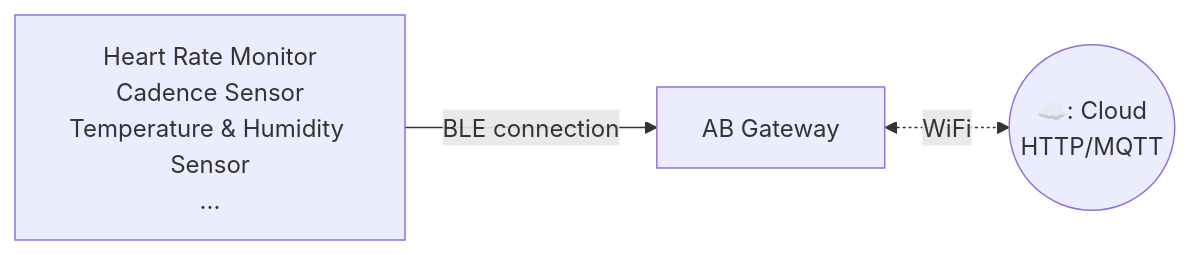
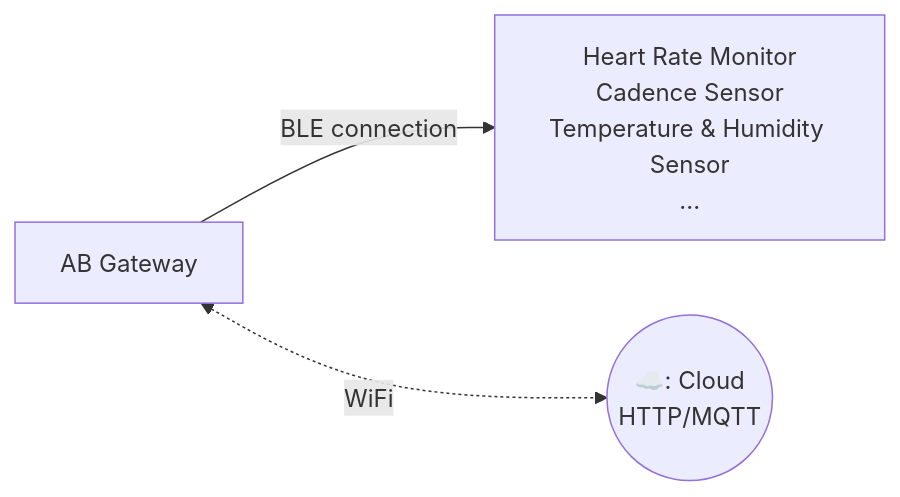
The second of 2 diagrams in src/en/gateway_c3.md (AprilBrother/wiki.aprbrother), drawn with Mermaid before and after one commit. The commit also changed 1 other file, not shown here.

Commit message:
modi gw docs

````diff
--- a/src/en/gateway_c3.md
+++ b/src/en/gateway_c3.md
@@ -86,15 +86,15 @@
 ```mermaid
 flowchart LR
 B[AB Gateway]
 bleDevices["
 Heart Rate Monitor
 Cadence Sensor
 Temperature & Humidity Sensor
 ...
 "]
 cloud(("☁️: Cloud
 HTTP/MQTT
 "))
-bleDevices-- BLE connection -->B
+B-- BLE connection -->bleDevices
 B <-. WiFi .-> cloud
 ```
````
